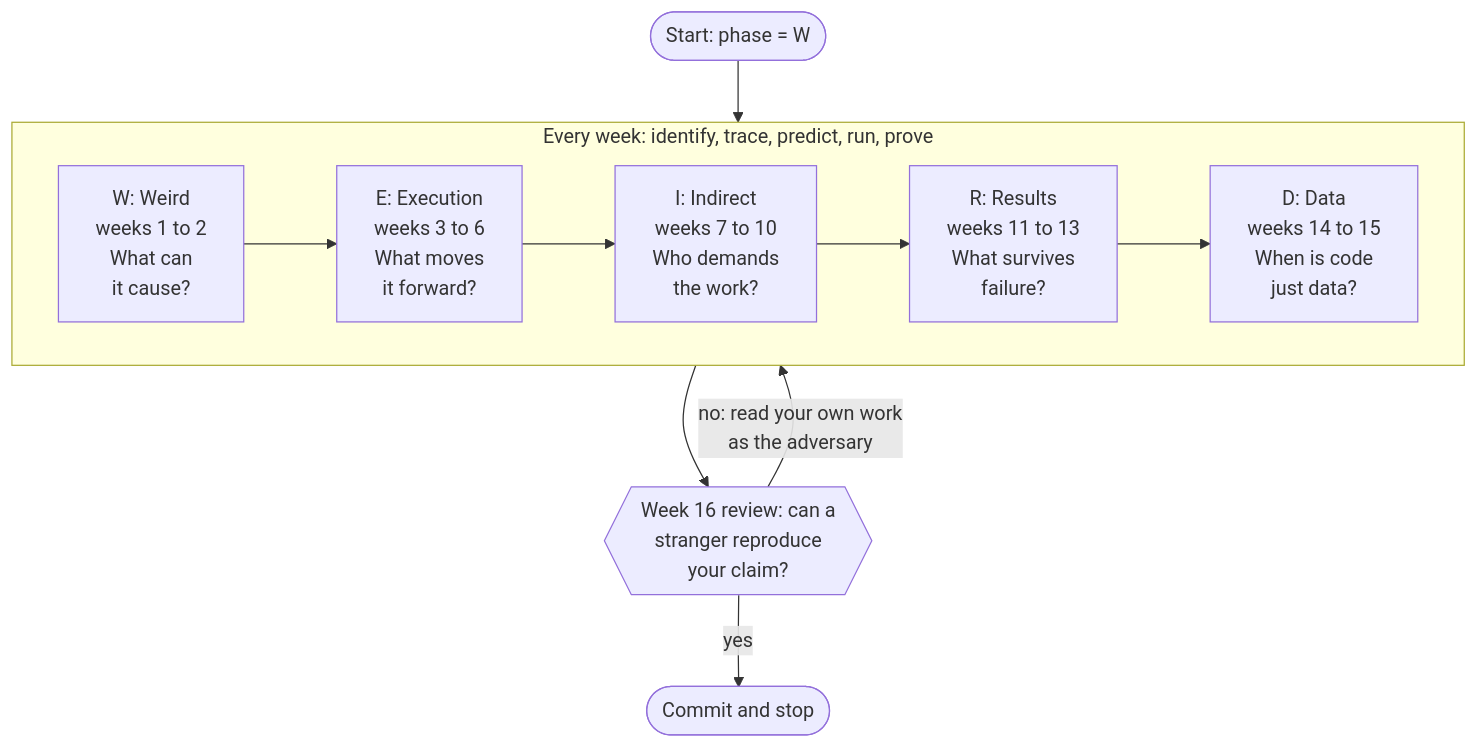
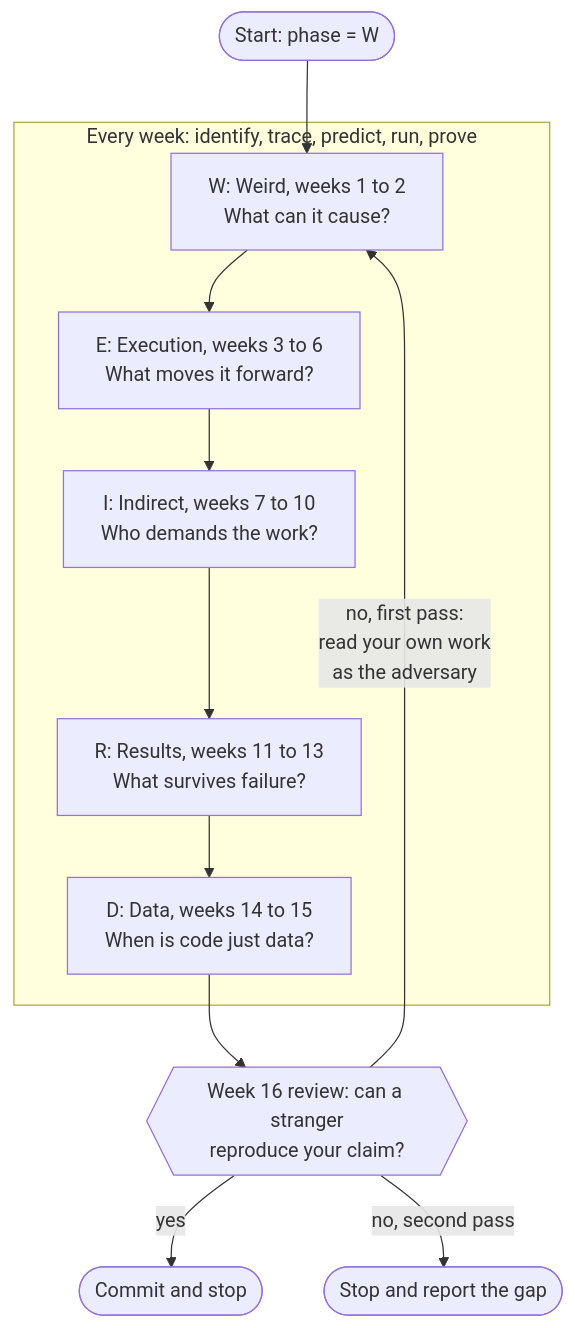
Before and after one commit to dullroar/code-challenge: the diagram in docs/curriculum.md, drawn with Mermaid. The commit also changed other lines of this file and 40 other files, not shown here.

````diff
--- a/docs/curriculum.md
+++ b/docs/curriculum.md
@@ -30,13 +30,13 @@
 ```mermaid
 flowchart TD
     accTitle: The semester as a WEIRD algorithm
-    accDescr: A flowchart. The course starts with the phase pointer set to W, Weird. A box around the five phases says that every week repeats one cycle: identify the machine, trace one run, predict, run and prove. Inside the box, the pointer moves from left to right. W covers weeks 1 and 2, E for Execution covers weeks 3 to 6, I for Indirect covers weeks 7 to 10, R for Results covers weeks 11 to 13 and D for Data covers weeks 14 and 15. In week 16 a decision asks whether a stranger can reproduce your claim from your evidence. If the answer is yes, the course commits the result and stops. If the answer is no, the pointer returns to W, and you read your own program as an adversary.
-    S(["Start: phase = W"]) --> weeks
+    accDescr: A flowchart. The course starts with the phase pointer set to W, Weird. A box around the five phases says that every week repeats one cycle: identify the machine, trace one run, predict, run and prove. Inside the box, the pointer moves from W to E to I to R to D. W covers weeks 1 and 2, E for Execution covers weeks 3 to 6, I for Indirect covers weeks 7 to 10, R for Results covers weeks 11 to 13 and D for Data covers weeks 14 and 15. After D, week 16 is a decision that asks whether a stranger can reproduce your claim from your evidence. If the answer is yes, the course commits the result and stops. If the answer is no and this was the first pass, an arrow returns to W, and you read your own program as an adversary. If the answer is no after the second pass, the course stops and you report what is missing. At most one more pass is allowed.
+    S(["Start: phase = W"]) --> W
     subgraph weeks["Every week: identify, trace, predict, run, prove"]
-        direction LR
-        W["W: Weird<br/>weeks 1 to 2<br/>What can<br/>it cause?"] --> E["E: Execution<br/>weeks 3 to 6<br/>What moves<br/>it forward?"] --> I["I: Indirect<br/>weeks 7 to 10<br/>Who demands<br/>the work?"] --> R["R: Results<br/>weeks 11 to 13<br/>What survives<br/>failure?"] --> D["D: Data<br/>weeks 14 to 15<br/>When is code<br/>just data?"]
+        W["W: Weird, weeks 1 to 2<br/>What can it cause?"] --> E["E: Execution, weeks 3 to 6<br/>What moves it forward?"] --> I["I: Indirect, weeks 7 to 10<br/>Who demands the work?"] --> R["R: Results, weeks 11 to 13<br/>What survives failure?"] --> D["D: Data, weeks 14 to 15<br/>When is code just data?"]
     end
-    weeks --> C{{"Week 16 review: can a<br/>stranger reproduce<br/>your claim?"}}
+    D --> C{{"Week 16 review: can a stranger<br/>reproduce your claim?"}}
     C -- "yes" --> X(["Commit and stop"])
-    C -- "no: read your own work<br/>as the adversary" --> weeks
+    C -- "no, first pass:<br/>read your own work<br/>as the adversary" --> W
+    C -- "no, second pass" --> G(["Stop and report the gap"])
 ```
````
